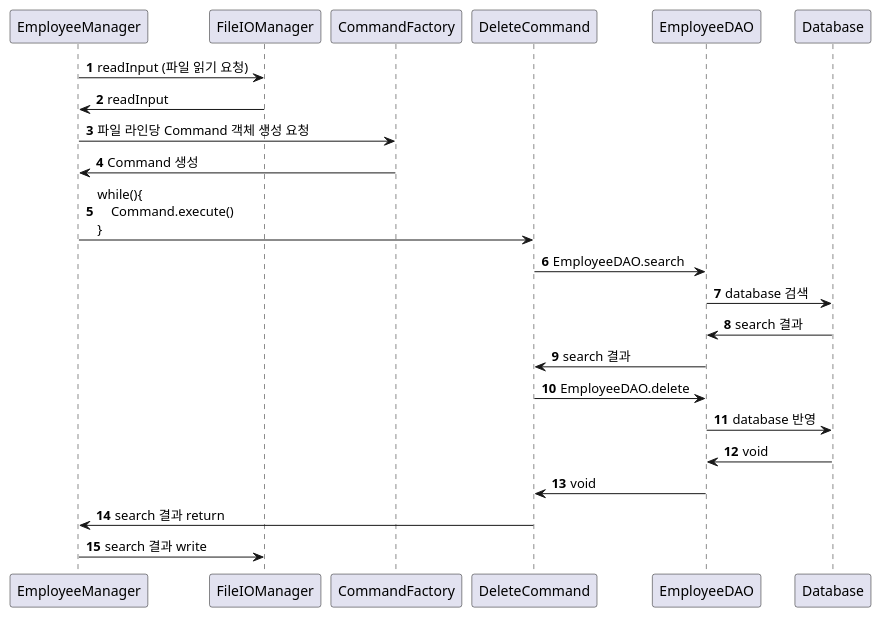
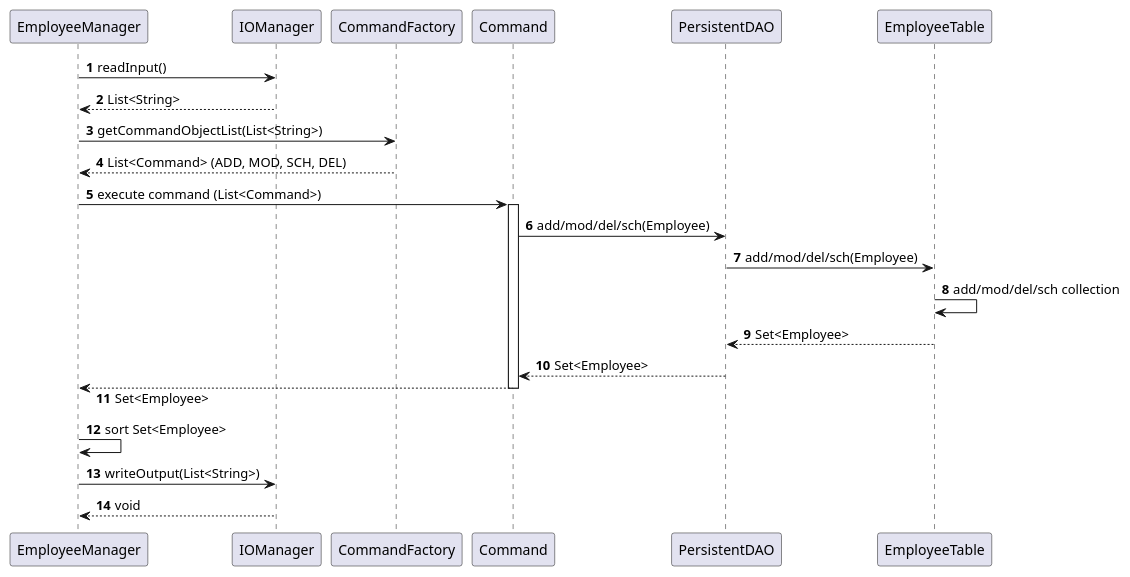
The first of 5 diagrams in diagram/SequenceDiagram.puml (Jaeyeong-Lee/Hawkeyes), drawn with PlantUML before and after one commit. The commit also changed other lines of this file and 2 other files, not shown here.

Commit message:
[Mod] 최종 실팽 파일 및 다이어그램 업로드

```diff
--- a/diagram/SequenceDiagram.puml
+++ b/diagram/SequenceDiagram.puml
@@ -1,23 +1,29 @@
 @startuml
 'https://plantuml.com/sequence-diagram
 
 autonumber
+skinparam responseMessageBelowArrow true
 
-EmployeeManager -> FileIOManager : readInput (파일 읽기 요청)
-FileIOManager -> EmployeeManager : readInput
-EmployeeManager -> CommandFactory : 파일 라인당 Command 객체 생성 요청
-CommandFactory -> EmployeeManager : Command 생성
-EmployeeManager -> DeleteCommand : while(){\n    Command.execute()\n}
+EmployeeManager -> IOManager : readInput()
+IOManager --> EmployeeManager : List<String>
 
-DeleteCommand -> EmployeeDAO : EmployeeDAO.search
-EmployeeDAO -> Database : database 검색
-Database -> EmployeeDAO : search 결과
-EmployeeDAO -> DeleteCommand : search 결과
-DeleteCommand -> EmployeeDAO : EmployeeDAO.delete
-EmployeeDAO -> Database : database 반영
-Database -> EmployeeDAO : void
-EmployeeDAO -> DeleteCommand : void
-DeleteCommand -> EmployeeManager : search 결과 return
+EmployeeManager -> CommandFactory : getCommandObjectList(List<String>)
+CommandFactory --> EmployeeManager : List<Command> (ADD, MOD, SCH, DEL)
 
-EmployeeManager -> FileIOManager : search 결과 write
+EmployeeManager -> Command : execute command (List<Command>)
+activate Command
+
+Command -> PersistentDAO : add/mod/del/sch(Employee)
+PersistentDAO -> EmployeeTable : add/mod/del/sch(Employee)
+EmployeeTable -> EmployeeTable : add/mod/del/sch collection
+EmployeeTable --> PersistentDAO : Set<Employee>
+PersistentDAO --> Command : Set<Employee>
+
+EmployeeManager <-- Command : Set<Employee>
+deactivate Command
+
+EmployeeManager -> EmployeeManager : sort Set<Employee>
+
+EmployeeManager -> IOManager : writeOutput(List<String>)
+IOManager --> EmployeeManager : void
 @enduml
```
